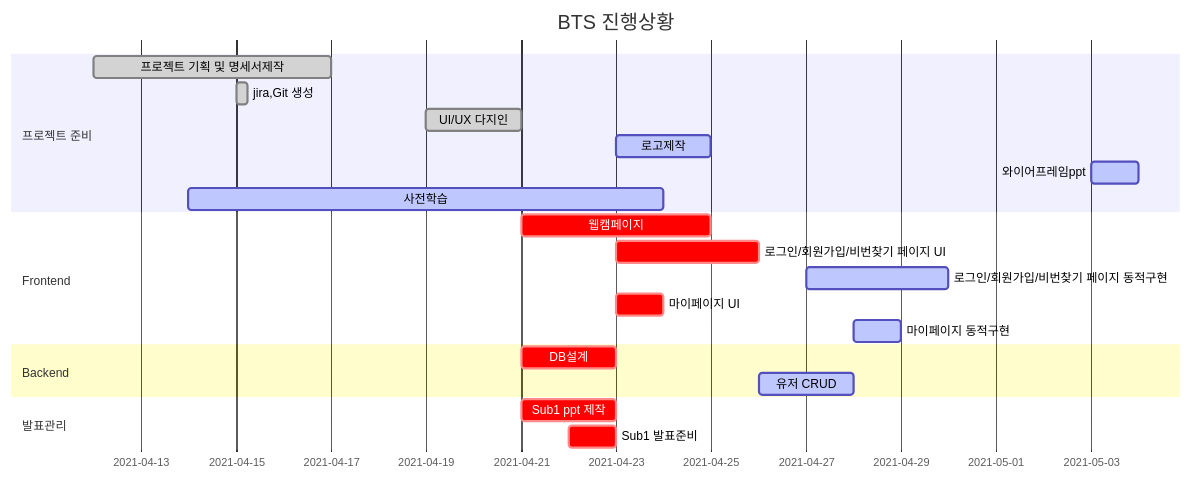
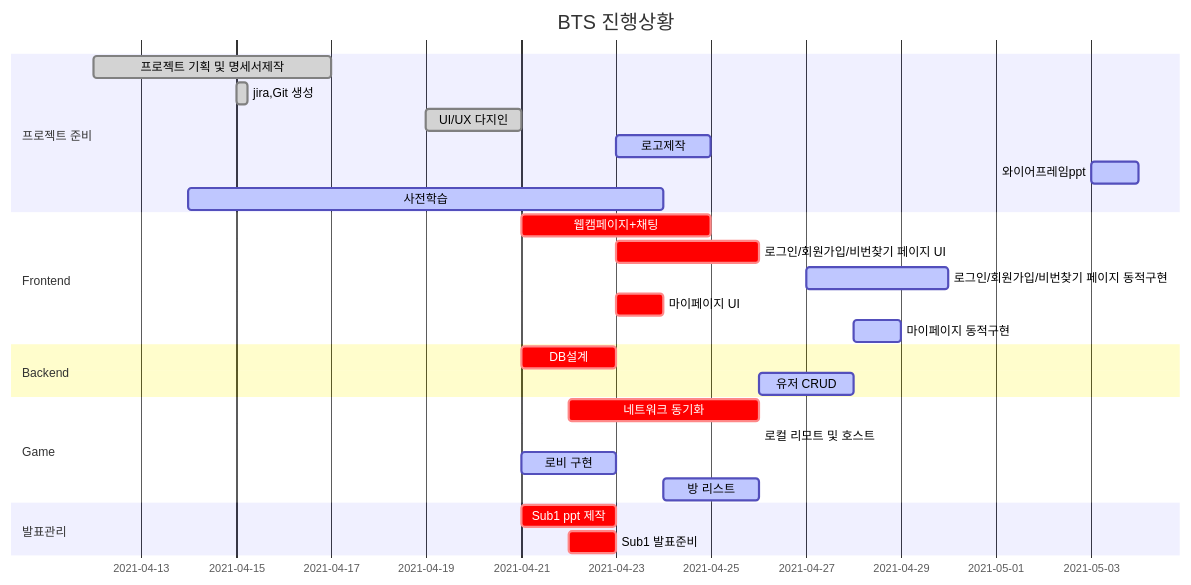
The diagram in README.md (Luminousjiny/PJT_BTS), drawn with Mermaid before and after one commit.

Commit message:
[docs]간트차트 수정

````diff
--- a/README.md
+++ b/README.md
@@ -48,29 +48,33 @@
 ```mermaid
 gantt
     title BTS 진행상황
     dateFormat  YYYY-MM-DD
     section 프로젝트 준비
     프로젝트 기획 및 명세서제작 : done, 2021-04-12, 5d
     jira,Git 생성  :done, 2021-04-15, 6h
     UI/UX 다지인  : done,   2021-04-19, 2d
     로고제작 : active, 2021-04-23, 2d
     와이어프레임ppt : active, 2021-05-03, 1d
     사전학습  : active, 2021-04-14, 10d
 
     section Frontend
-    웹캠페이지 : crit, 2021-04-21, 4d
+    웹캠페이지+채팅 : crit, 2021-04-21, 4d
     로그인/회원가입/비번찾기 페이지 UI : crit, 2021-04-23, 3d
     로그인/회원가입/비번찾기 페이지 동적구현 : active, 2021-04-27, 3d
     마이페이지 UI : crit, 2021-04-23, 1d
     마이페이지 동적구현 : active, 2021-04-28, 1d
     
     section Backend
     DB설계 : crit, 2021-04-21, 2d
     유저 CRUD : active, 2021-04-26, 2d
     
     section Game
+	네트워크 동기화 : crit, 2021-04-22, 4d
+	로컬 리모트 및 호스트 : active, 2021-04-23 1d
+	로비 구현 : active, 2021-04-21, 2d
+    방 리스트 : active, 2021-04-24, 2d
     
     section 발표관리
     Sub1 ppt 제작 : crit, 2021-04-21, 2d
     Sub1 발표준비 : crit, 2021-04-22, 1d
 ```
````
